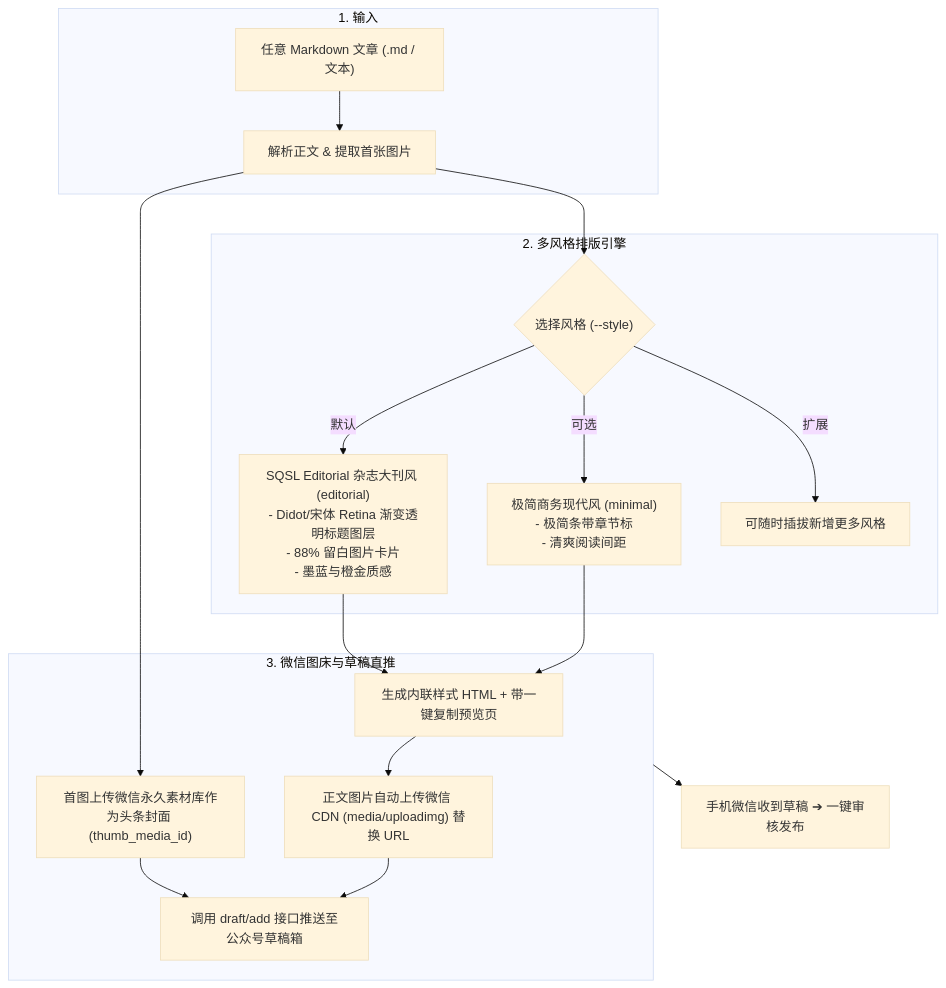
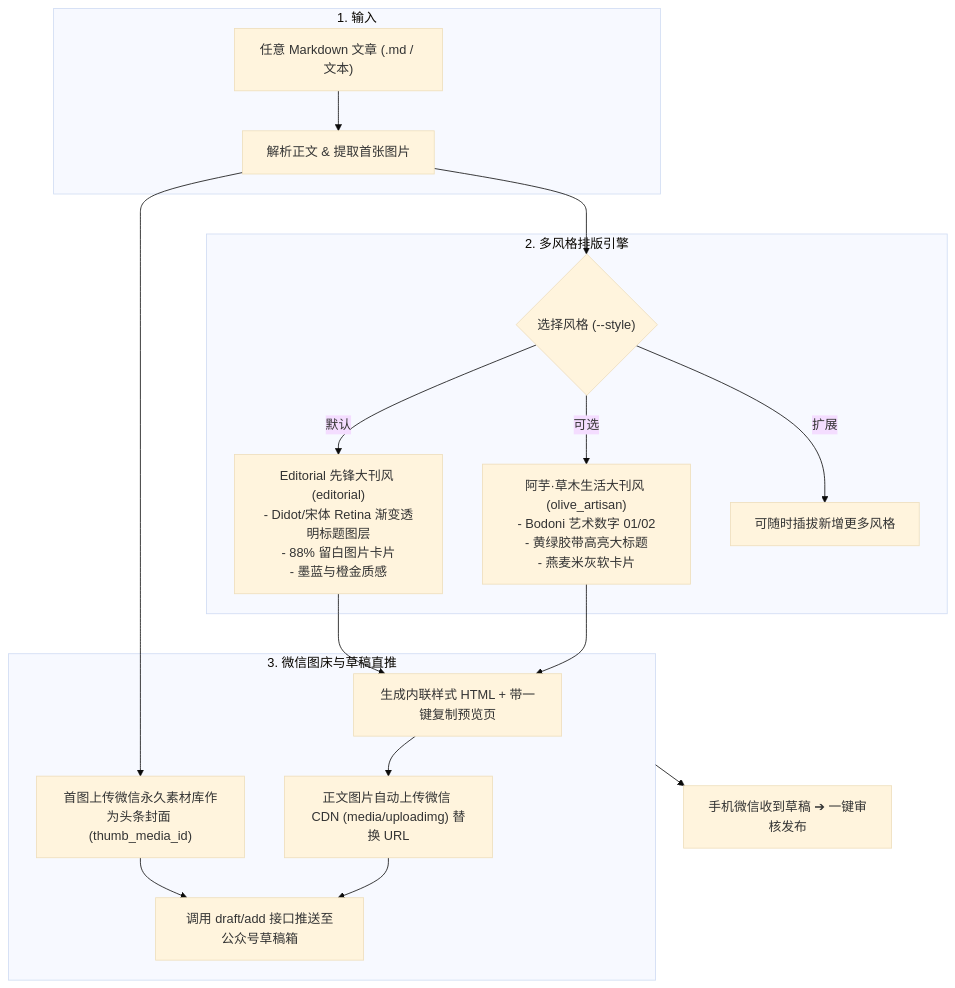
Before and after one commit to sanqiushili/sqsl-wechat-skill: the diagram in skills/sqsl-article-to-wechat/SKILL.md, drawn with Mermaid (base theme). The commit also changed other lines of this file and 25 other files, not shown here.

````diff
--- a/skills/sqsl-article-to-wechat/SKILL.md
+++ b/skills/sqsl-article-to-wechat/SKILL.md
@@ -20,22 +20,22 @@
 ```mermaid
 flowchart TD
     subgraph Input["1. 输入"]
         A["任意 Markdown 文章 (.md / 文本)"] --> B["解析正文 & 提取首张图片"]
     end
 
     subgraph StyleEngine["2. 多风格排版引擎"]
         B --> C{"选择风格 (--style)"}
-        C -->|默认| D1["SQSL Editorial 杂志大刊风 (editorial)\n- Didot/宋体 Retina 渐变透明标题图层\n- 88% 留白图片卡片\n- 墨蓝与橙金质感"]
-        C -->|可选| D2["极简商务现代风 (minimal)\n- 极简条带章节标\n- 清爽阅读间距"]
+        C -->|默认| D1["Editorial 先锋大刊风 (editorial)\n- Didot/宋体 Retina 渐变透明标题图层\n- 88% 留白图片卡片\n- 墨蓝与橙金质感"]
+        C -->|可选| D2["阿芋·草木生活大刊风 (olive_artisan)\n- Bodoni 艺术数字 01/02\n- 黄绿胶带高亮大标题\n- 燕麦米灰软卡片"]
         C -->|扩展| D3["可随时插拔新增更多风格"]
     end
 
     subgraph Publisher["3. 微信图床与草稿直推"]
         D1 & D2 --> E["生成内联样式 HTML + 带一键复制预览页"]
         B --> F["首图上传微信永久素材库作为头条封面 (thumb_media_id)"]
         E --> G["正文图片自动上传微信 CDN (media/uploadimg) 替换 URL"]
         F & G --> H["调用 draft/add 接口推送至公众号草稿箱"]
     end
 
     Publisher --> Output["手机微信收到草稿 ➔ 一键审核发布"]
 ```
````
